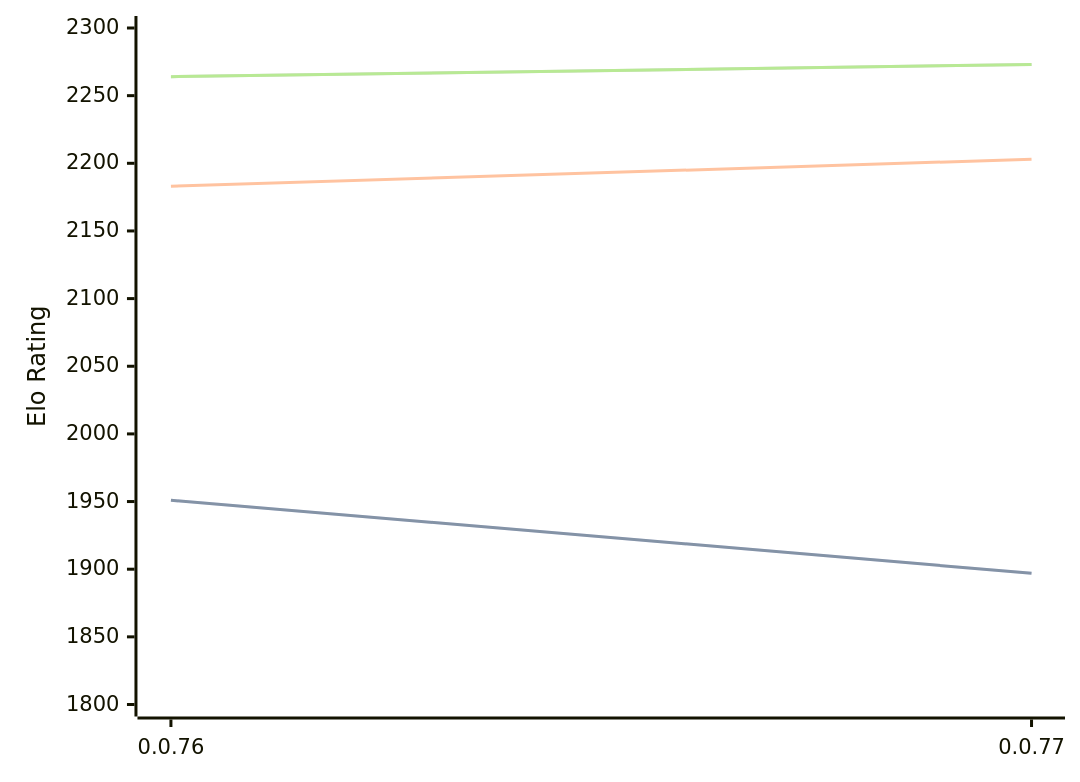
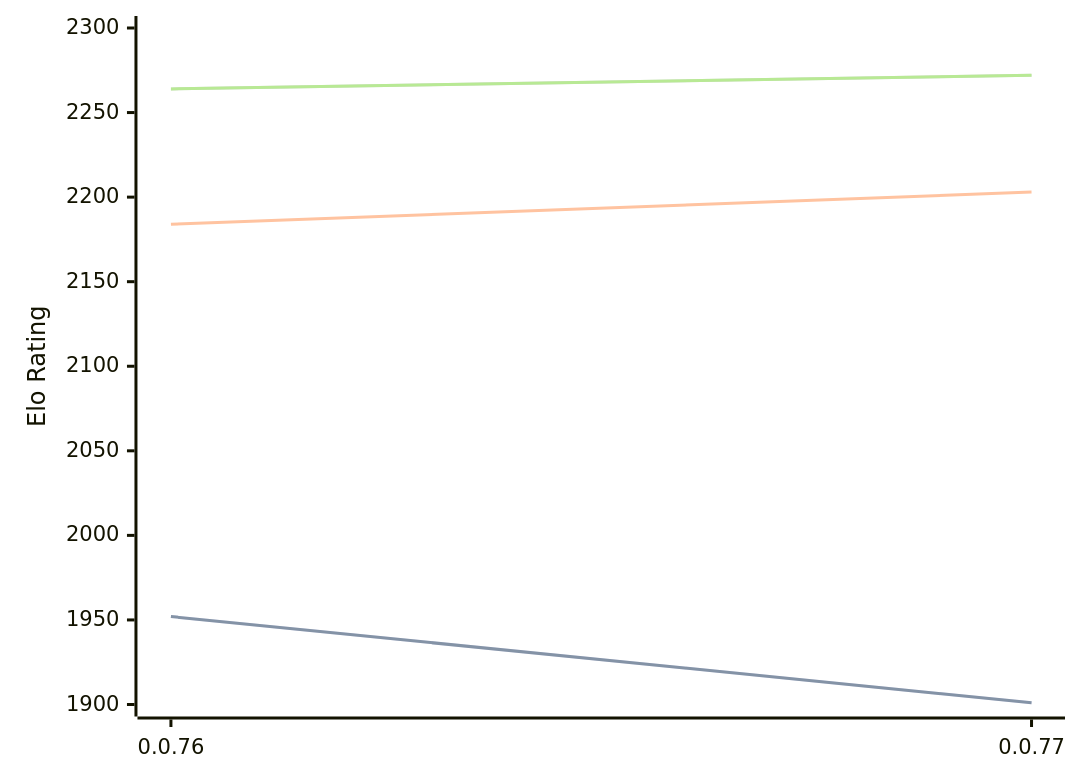
One commit to computer-chess-index/cci changed the diagram in engines/Fktb.md. Above: the diagram before and after it, drawn with Mermaid. The commit also changed other lines of this file, not shown here.

Commit message:
Update CCI Ratings (ELO VLTC) - 2026-05-17

````diff
--- a/engines/Fktb.md
+++ b/engines/Fktb.md
@@ -32,11 +32,11 @@
 ```mermaid
 %%{init: {"theme":"base","themeVariables":{"seriesColors:['#a3a3a3','#222221','#faa371']}}}%%
 xychart-beta
   x-axis ["0.0.76", "0.0.77"]
-  y-axis "Elo Rating" 1800 --> 2300
-  line "STC (8.0+0.08s)" [1951, 1897]
-  line "STC (8.0+0.08s)" [1951, 1897]
-  line "LTC (60.0+0.60s)" [2183, 2203]
-  line "VLTC (2m24s+1.12s)" [2264, 2273]
-  line "VLTC (2m24s+1.12s)" [2264, 2273]
+  y-axis "Elo Rating" 1900 --> 2300
+  line "STC (8.0+0.08s)" [1952, 1901]
+  line "STC (8.0+0.08s)" [1952, 1901]
+  line "LTC (60.0+0.60s)" [2184, 2203]
+  line "VLTC (2m24s+1.12s)" [2264, 2272]
+  line "VLTC (2m24s+1.12s)" [2264, 2272]
 ```
````
